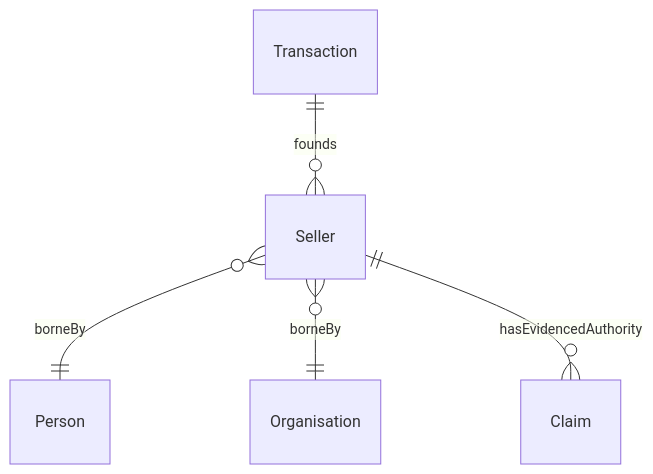
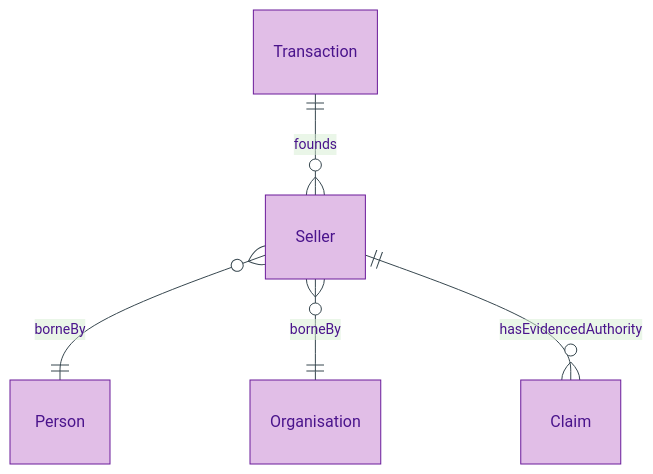
One commit to sparkling/opda changed the diagram in docs/manual/logical/agent/seller.md. Above: the diagram before and after it, drawn with Mermaid. The commit also changed other lines of this file and 179 other files, not shown here.

First line of the commit message:
docs(manual): Logical-tier diagram expansion via /diagramming skill

````diff
--- a/docs/manual/logical/agent/seller.md
+++ b/docs/manual/logical/agent/seller.md
@@ -38,7 +43,11 @@
 ```mermaid
+%%{init: {"theme": "base", "themeVariables": {"primaryColor": "#E1BEE7", "primaryTextColor": "#4A148C", "primaryBorderColor": "#6A1B9A", "lineColor": "#37474F"}}}%%
 erDiagram
+    accTitle: Seller — Entity-Relationship Diagram
+    accDescr: Direct-neighbour view of Seller RoleMixin — borne by Person or Organisation, founded by Transaction, links to Claim via hasEvidencedAuthority.
+
     Seller }o--|| Person : "borneBy"
     Seller }o--|| Organisation : "borneBy"
     Transaction ||--o{ Seller : "founds"
     Seller ||--o{ Claim : "hasEvidencedAuthority"
 ```
````
